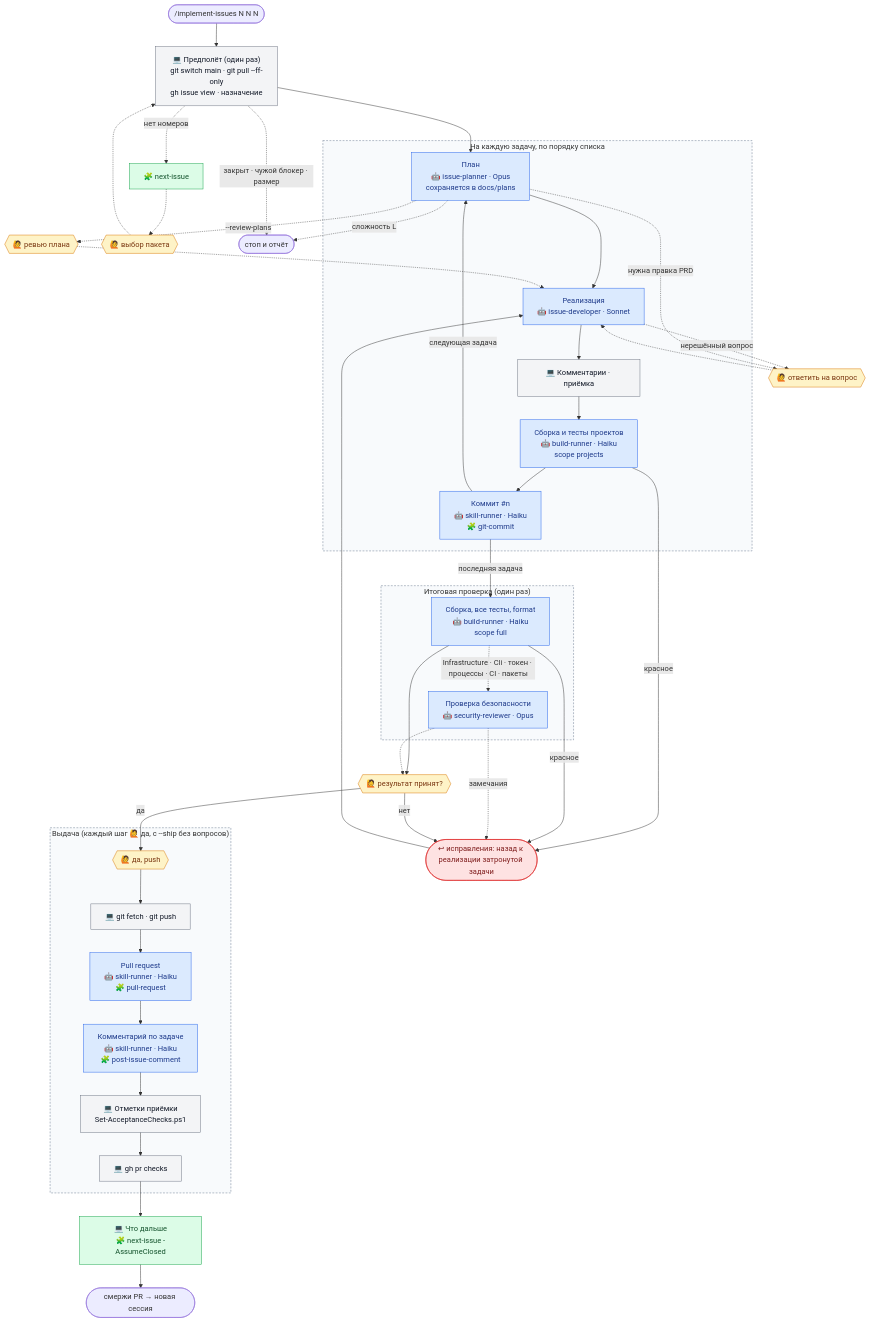
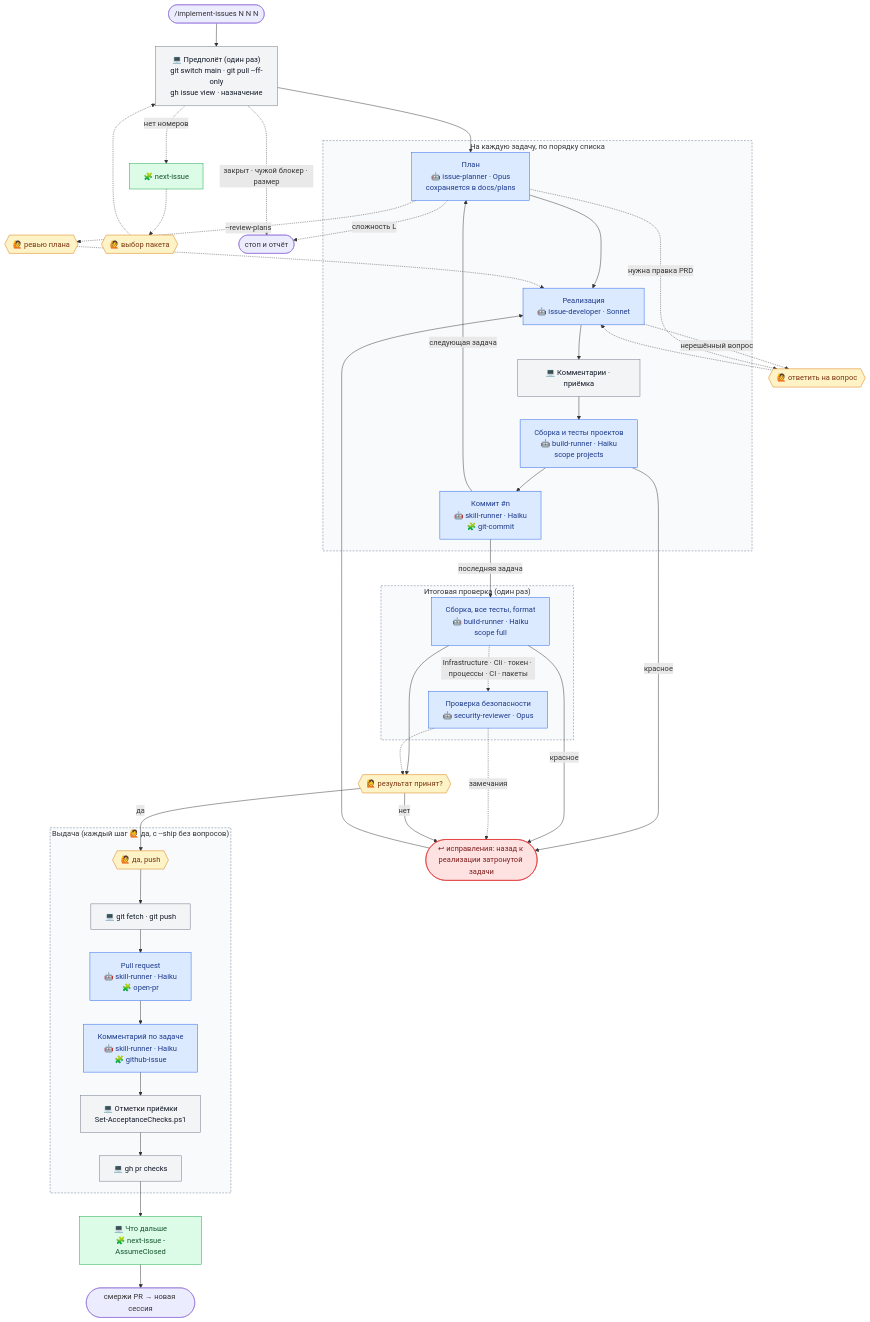
The diagram in docs/ai/implement-issues.md (askrinnik/GitHubBackup), drawn with Mermaid before and after one commit. The commit also changed other lines of this file and 34 other files, not shown here.

````diff
--- a/docs/ai/implement-issues.md
+++ b/docs/ai/implement-issues.md
@@ -68,59 +69,59 @@
 ```mermaid
 flowchart TD
     START(["/implement-issues N N N"]) --> P0["💻 Предполёт (один раз)<br/>git switch main · git pull --ff-only<br/>gh issue view · назначение"]:::session
     P0 -. "нет номеров" .-> NI0["🧩 next-issue"]:::skill
     NI0 -.-> UP{{"🙋 выбор пакета"}}:::user
     UP -.-> P0
     P0 -. "закрыт · чужой блокер · размер" .-> STOP(["стоп и отчёт"])
     subgraph LOOP["На каждую задачу, по порядку списка"]
         A1["План<br/>🤖 issue-planner · Opus<br/>сохраняется в docs/plans"]:::agent
         A2["Реализация<br/>🤖 issue-developer · Sonnet"]:::agent
         S2["💻 Комментарии · приёмка"]:::session
         A3["Сборка и тесты проектов<br/>🤖 build-runner · Haiku<br/>scope projects"]:::agent
         A4["Коммит #n<br/>🤖 skill-runner · Haiku<br/>🧩 git-commit"]:::agent
         A1 --> A2 --> S2 --> A3 --> A4
     end
     P0 --> A1
     A1 -. "--review-plans" .-> UR{{"🙋 ревью плана"}}:::user
     UR -.-> A2
     A1 -. "сложность L" .-> STOP
     A2 -. "нерешённый вопрос" .-> UQ{{"🙋 ответить на вопрос"}}:::user
     A1 -. "нужна правка PRD" .-> UQ
     UQ -.-> A2
     A3 -- "красное" --> FIX
     FIX(["↩ исправления: назад к реализации затронутой задачи"]):::fix
     FIX --> A2
     A4 -- "следующая задача" --> A1
     subgraph FINAL["Итоговая проверка (один раз)"]
         F1["Сборка, все тесты, format<br/>🤖 build-runner · Haiku<br/>scope full"]:::agent
         F3["Проверка безопасности<br/>🤖 security-reviewer · Opus"]:::agent
         F1 -. "Infrastructure · Cli · токен · процессы · CI · пакеты" .-> F3
     end
     A4 -- "последняя задача" --> F1
     F1 -- "красное" --> FIX
     F3 -. "замечания" .-> FIX
     F1 --> UC{{"🙋 результат принят?"}}:::user
     F3 -.-> UC
     UC -- "нет" --> FIX
     subgraph SHIP["Выдача (каждый шаг 🙋 да, с --ship без вопросов)"]
         U5{{"🙋 да, push"}}:::user
         S5["💻 git fetch · git push"]:::session
-        A5["Pull request<br/>🤖 skill-runner · Haiku<br/>🧩 pull-request"]:::agent
-        A6["Комментарий по задаче<br/>🤖 skill-runner · Haiku<br/>🧩 post-issue-comment"]:::agent
+        A5["Pull request<br/>🤖 skill-runner · Haiku<br/>🧩 open-pr"]:::agent
+        A6["Комментарий по задаче<br/>🤖 skill-runner · Haiku<br/>🧩 github-issue"]:::agent
         S6["💻 Отметки приёмки<br/>Set-AcceptanceChecks.ps1"]:::session
         S7["💻 gh pr checks"]:::session
         U5 --> S5 --> A5 --> A6 --> S6 --> S7
     end
     UC -- "да" --> U5
     S7 --> NI14["💻 Что дальше<br/>🧩 next-issue -AssumeClosed"]:::skill
     NI14 --> END(["смержи PR → новая сессия"])
 
     classDef session fill:#f3f4f6,stroke:#6b7280,color:#111827
     classDef agent fill:#dbeafe,stroke:#2563eb,color:#1e3a8a
     classDef skill fill:#dcfce7,stroke:#16a34a,color:#14532d
     classDef user fill:#fef3c7,stroke:#d97706,color:#78350f
     classDef fix fill:#fee2e2,stroke:#dc2626,color:#7f1d1d
     style LOOP fill:#f8fafc,stroke:#64748b,stroke-dasharray:4 3
     style FINAL fill:#f8fafc,stroke:#64748b,stroke-dasharray:4 3
     style SHIP fill:#f8fafc,stroke:#64748b,stroke-dasharray:4 3
 ```
````
